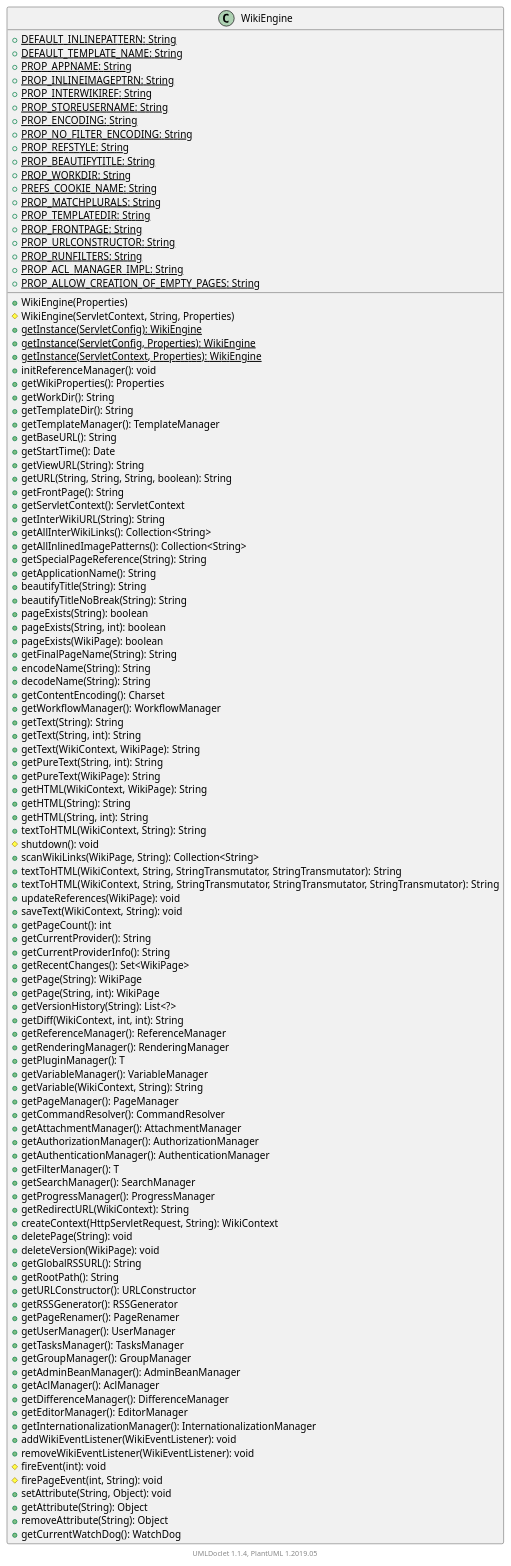
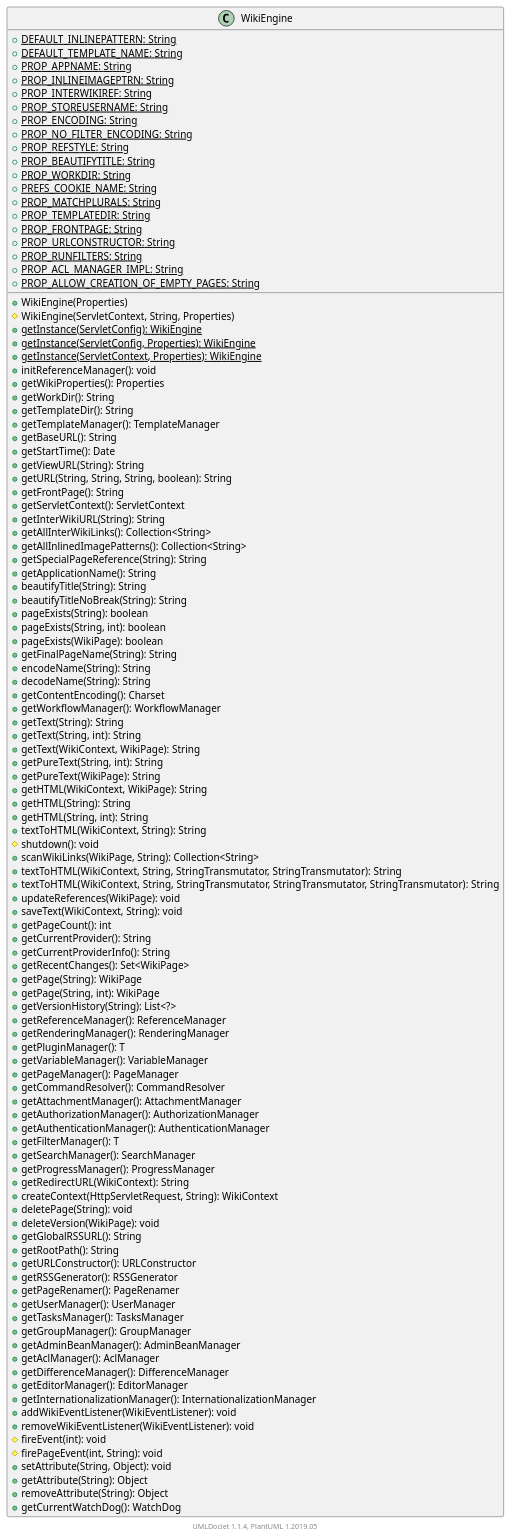
Before and after one commit to apache/jspwiki-site: the diagram in apidocs/2.11.0.M7-SNAPSHOT/org/apache/wiki/WikiEngine.puml, drawn with PlantUML. The commit also changed 1184 other files, not shown here.

```diff
--- a/apidocs/2.11.0.M7-SNAPSHOT/org/apache/wiki/WikiEngine.puml
+++ b/apidocs/2.11.0.M7-SNAPSHOT/org/apache/wiki/WikiEngine.puml
@@ -1,119 +1,117 @@
 @startuml
 
     class WikiEngine [[WikiEngine.html]] {
         {static} +DEFAULT_INLINEPATTERN: String
         {static} +DEFAULT_TEMPLATE_NAME: String
         {static} +PROP_APPNAME: String
         {static} +PROP_INLINEIMAGEPTRN: String
         {static} +PROP_INTERWIKIREF: String
         {static} +PROP_STOREUSERNAME: String
         {static} +PROP_ENCODING: String
         {static} +PROP_NO_FILTER_ENCODING: String
         {static} +PROP_REFSTYLE: String
         {static} +PROP_BEAUTIFYTITLE: String
         {static} +PROP_WORKDIR: String
         {static} +PREFS_COOKIE_NAME: String
         {static} +PROP_MATCHPLURALS: String
         {static} +PROP_TEMPLATEDIR: String
         {static} +PROP_FRONTPAGE: String
         {static} +PROP_URLCONSTRUCTOR: String
         {static} +PROP_RUNFILTERS: String
         {static} +PROP_ACL_MANAGER_IMPL: String
         {static} +PROP_ALLOW_CREATION_OF_EMPTY_PAGES: String
         +WikiEngine(Properties)
         #WikiEngine(ServletContext, String, Properties)
         {static} +getInstance(ServletConfig): WikiEngine
         {static} +getInstance(ServletConfig, Properties): WikiEngine
         {static} +getInstance(ServletContext, Properties): WikiEngine
         +initReferenceManager(): void
         +getWikiProperties(): Properties
         +getWorkDir(): String
         +getTemplateDir(): String
         +getTemplateManager(): TemplateManager
         +getBaseURL(): String
         +getStartTime(): Date
         +getViewURL(String): String
         +getURL(String, String, String, boolean): String
         +getFrontPage(): String
         +getServletContext(): ServletContext
         +getInterWikiURL(String): String
         +getAllInterWikiLinks(): Collection<String>
         +getAllInlinedImagePatterns(): Collection<String>
         +getSpecialPageReference(String): String
         +getApplicationName(): String
         +beautifyTitle(String): String
         +beautifyTitleNoBreak(String): String
         +pageExists(String): boolean
         +pageExists(String, int): boolean
         +pageExists(WikiPage): boolean
         +getFinalPageName(String): String
         +encodeName(String): String
         +decodeName(String): String
         +getContentEncoding(): Charset
         +getWorkflowManager(): WorkflowManager
         +getText(String): String
         +getText(String, int): String
         +getText(WikiContext, WikiPage): String
         +getPureText(String, int): String
         +getPureText(WikiPage): String
         +getHTML(WikiContext, WikiPage): String
         +getHTML(String): String
         +getHTML(String, int): String
         +textToHTML(WikiContext, String): String
         #shutdown(): void
         +scanWikiLinks(WikiPage, String): Collection<String>
         +textToHTML(WikiContext, String, StringTransmutator, StringTransmutator): String
         +textToHTML(WikiContext, String, StringTransmutator, StringTransmutator, StringTransmutator): String
         +updateReferences(WikiPage): void
         +saveText(WikiContext, String): void
         +getPageCount(): int
         +getCurrentProvider(): String
         +getCurrentProviderInfo(): String
         +getRecentChanges(): Set<WikiPage>
         +getPage(String): WikiPage
         +getPage(String, int): WikiPage
         +getVersionHistory(String): List<?>
-        +getDiff(WikiContext, int, int): String
         +getReferenceManager(): ReferenceManager
         +getRenderingManager(): RenderingManager
         +getPluginManager(): T
         +getVariableManager(): VariableManager
-        +getVariable(WikiContext, String): String
         +getPageManager(): PageManager
         +getCommandResolver(): CommandResolver
         +getAttachmentManager(): AttachmentManager
         +getAuthorizationManager(): AuthorizationManager
         +getAuthenticationManager(): AuthenticationManager
         +getFilterManager(): T
         +getSearchManager(): SearchManager
         +getProgressManager(): ProgressManager
         +getRedirectURL(WikiContext): String
         +createContext(HttpServletRequest, String): WikiContext
         +deletePage(String): void
         +deleteVersion(WikiPage): void
         +getGlobalRSSURL(): String
         +getRootPath(): String
         +getURLConstructor(): URLConstructor
         +getRSSGenerator(): RSSGenerator
         +getPageRenamer(): PageRenamer
         +getUserManager(): UserManager
         +getTasksManager(): TasksManager
         +getGroupManager(): GroupManager
         +getAdminBeanManager(): AdminBeanManager
         +getAclManager(): AclManager
         +getDifferenceManager(): DifferenceManager
         +getEditorManager(): EditorManager
         +getInternationalizationManager(): InternationalizationManager
         +addWikiEventListener(WikiEventListener): void
         +removeWikiEventListener(WikiEventListener): void
         #fireEvent(int): void
         #firePageEvent(int, String): void
         +setAttribute(String, Object): void
         +getAttribute(String): Object
         +removeAttribute(String): Object
         +getCurrentWatchDog(): WatchDog
     }
 
 
     center footer UMLDoclet 1.1.4, PlantUML 1.2019.05
 @enduml
```
